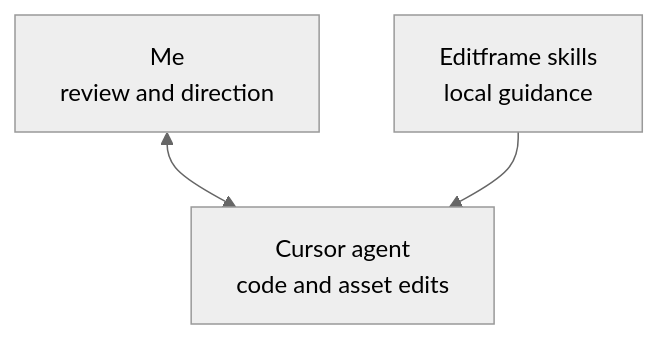
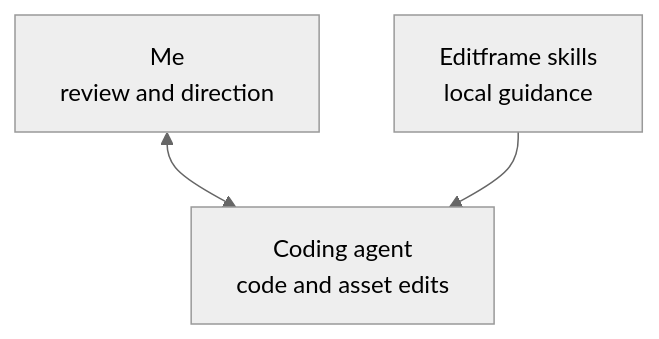
One commit to bilarikan/bilarikan.github.io changed the first of 8 diagrams in content/posts/video-production-to-dev-workflow-editframe-test-drive/index.md. Above: the diagram before and after it, drawn with Mermaid (neutral theme). The commit also changed other lines of this file and 1 other file, not shown here.

First line of the commit message:
Post: add non-PR reviewer flow and minor copy edits

```diff
--- a/content/posts/video-production-to-dev-workflow-editframe-test-drive/index.md
+++ b/content/posts/video-production-to-dev-workflow-editframe-test-drive/index.md
@@ -164,8 +164,8 @@
 {{< mermaid >}}
 flowchart TD
   human[Me<br/>review and direction]
-  agent[Cursor agent<br/>code and asset edits]
+  agent[Coding agent<br/>code and asset edits]
   skills[Editframe skills<br/>local guidance]
   human <--> agent
   skills --> agent
 {{< /mermaid >}}
```
